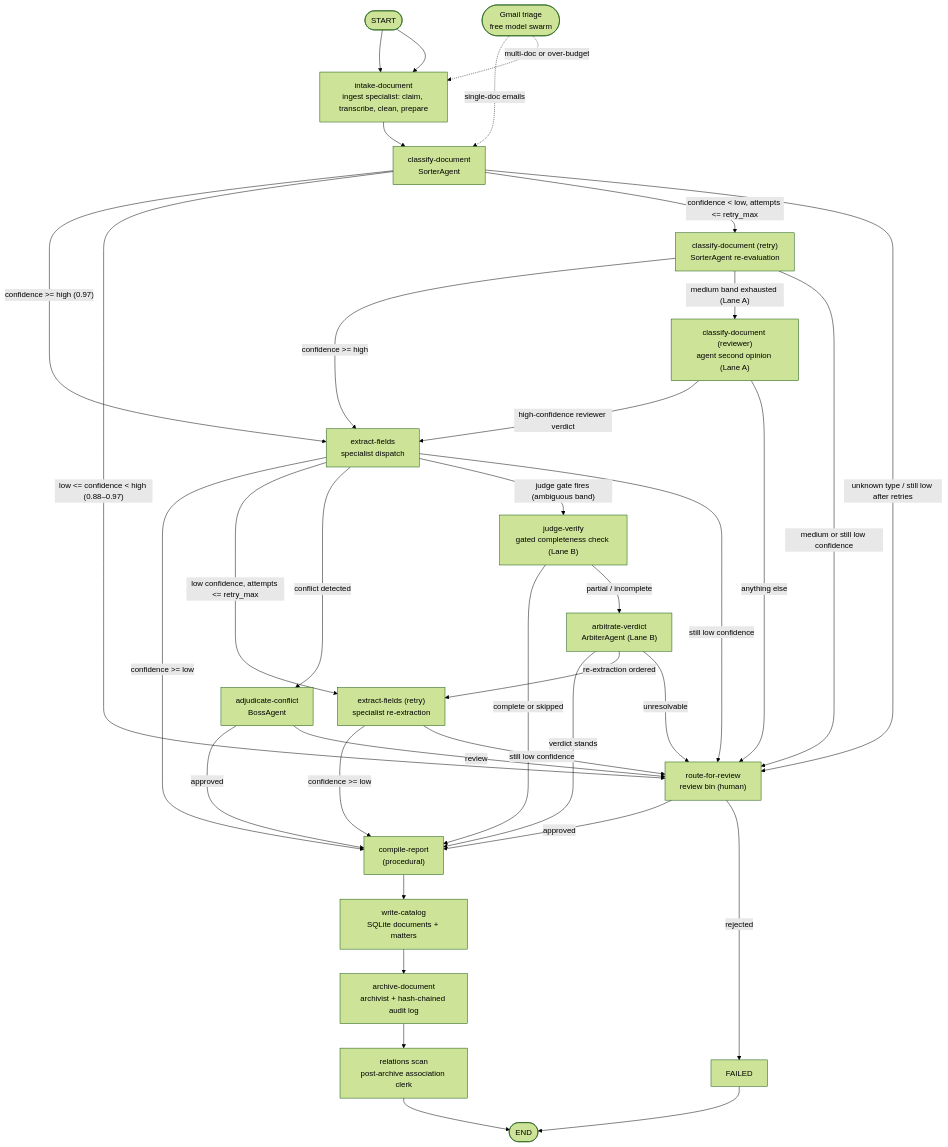
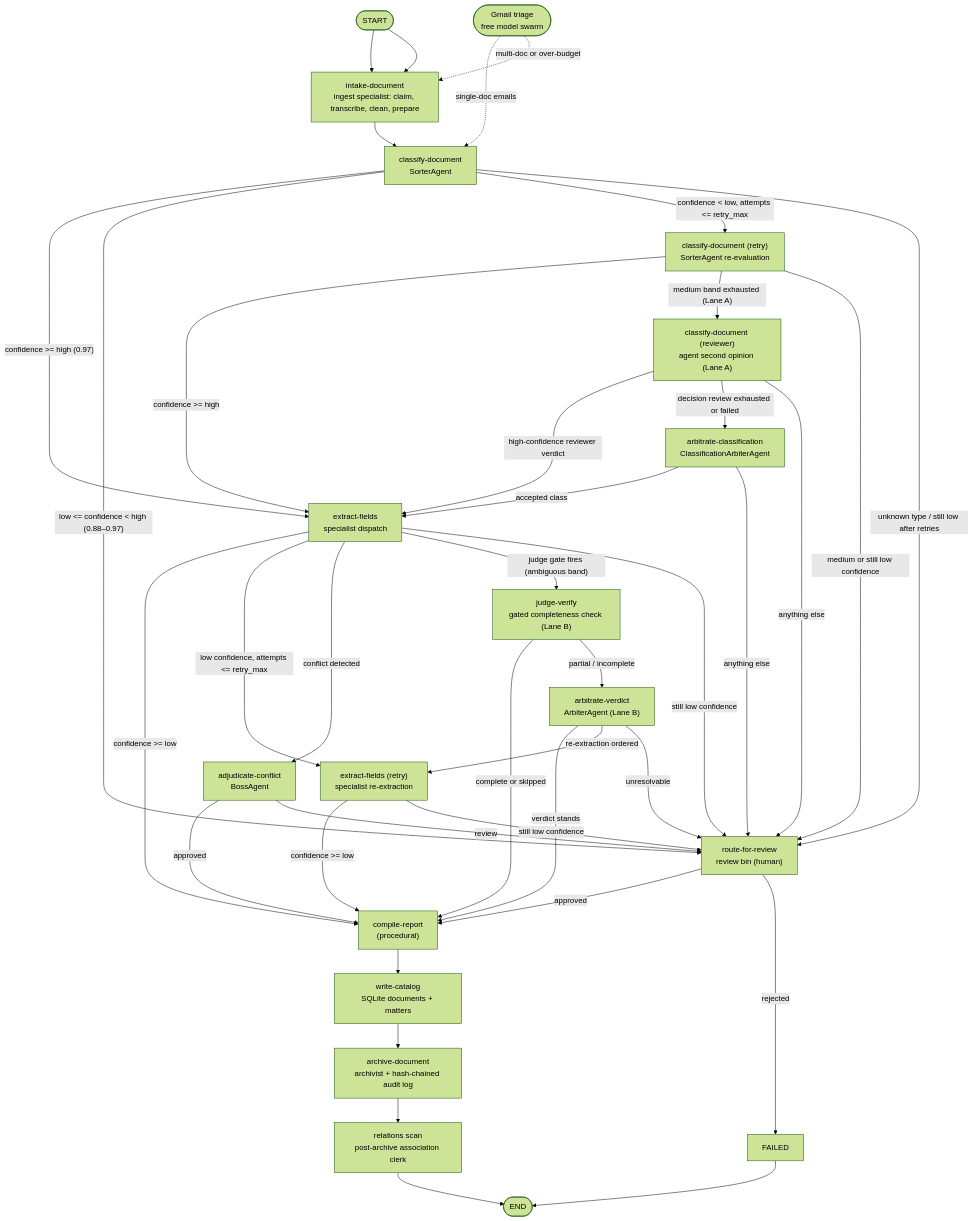
One commit to Exios66/llm-mailroom changed the first of 2 diagrams in README.md. Above: the diagram before and after it, drawn with Mermaid (forest theme). The commit also changed other lines of this file and 54 other files, not shown here.

````diff
--- a/README.md
+++ b/README.md
@@ -285,57 +285,61 @@
 ```mermaid
 flowchart TD
     START([START]) --> INTAKE
 
     INTAKE["intake-document<br/>ingest specialist: claim, transcribe, clean, prepare"]
     CLASSIFY["classify-document<br/>SorterAgent"]
     RETRY_CLASS["classify-document (retry)<br/>SorterAgent re-evaluation"]
     REVIEW_CLASS["classify-document (reviewer)<br/>agent second opinion (Lane A)"]
+    CLASS_ARBITER["arbitrate-classification<br/>ClassificationArbiterAgent"]
     EXTRACT["extract-fields<br/>specialist dispatch"]
     RETRY_EXTRACT["extract-fields (retry)<br/>specialist re-extraction"]
     JUDGE["judge-verify<br/>gated completeness check (Lane B)"]
     ARBITER["arbitrate-verdict<br/>ArbiterAgent (Lane B)"]
     BOSS["adjudicate-conflict<br/>BossAgent"]
     REVIEW["route-for-review<br/>review bin (human)"]
     REPORT["compile-report<br/>(procedural)"]
     CATALOG["write-catalog<br/>SQLite documents + matters"]
     ARCHIVE["archive-document<br/>archivist + hash-chained audit log"]
     RELATIONS["relations scan<br/>post-archive association clerk"]
     FAILED["FAILED"]
     ENDX([END])
 
     START --> INTAKE
     INTAKE --> CLASSIFY
 
     CLASSIFY -- "confidence >= high (0.97)" --> EXTRACT
     CLASSIFY -- "low <= confidence < high (0.88–0.97)" --> REVIEW
     CLASSIFY -- "confidence < low, attempts <= retry_max" --> RETRY_CLASS
     CLASSIFY -- "unknown type / still low after retries" --> REVIEW
     RETRY_CLASS -- "confidence >= high" --> EXTRACT
     RETRY_CLASS -- "medium band exhausted (Lane A)" --> REVIEW_CLASS
     RETRY_CLASS -- "medium or still low confidence" --> REVIEW
     REVIEW_CLASS -- "high-confidence reviewer verdict" --> EXTRACT
+    REVIEW_CLASS -- "decision review exhausted or failed" --> CLASS_ARBITER
     REVIEW_CLASS -- "anything else" --> REVIEW
+    CLASS_ARBITER -- "accepted class" --> EXTRACT
+    CLASS_ARBITER -- "anything else" --> REVIEW
 
     EXTRACT -- "confidence >= low" --> REPORT
     EXTRACT -- "low confidence, attempts <= retry_max" --> RETRY_EXTRACT
     EXTRACT -- "conflict detected" --> BOSS
     EXTRACT -- "judge gate fires (ambiguous band)" --> JUDGE
     EXTRACT -- "still low confidence" --> REVIEW
     RETRY_EXTRACT -- "confidence >= low" --> REPORT
     RETRY_EXTRACT -- "still low confidence" --> REVIEW
 
     JUDGE -- "complete or skipped" --> REPORT
     JUDGE -- "partial / incomplete" --> ARBITER
     ARBITER -- "verdict stands" --> REPORT
     ARBITER -- "re-extraction ordered" --> RETRY_EXTRACT
     ARBITER -- "unresolvable" --> REVIEW
     BOSS -- "approved" --> REPORT
     BOSS -- "review" --> REVIEW
     REVIEW -- "approved" --> REPORT
     REVIEW -- "rejected" --> FAILED --> ENDX
 
     REPORT --> CATALOG --> ARCHIVE --> RELATIONS --> ENDX
 
     GMAIL([Gmail triage<br/>free model swarm]) -.->|single-doc emails| CLASSIFY
     GMAIL -.->|multi-doc or over-budget| INTAKE
 ```
````
